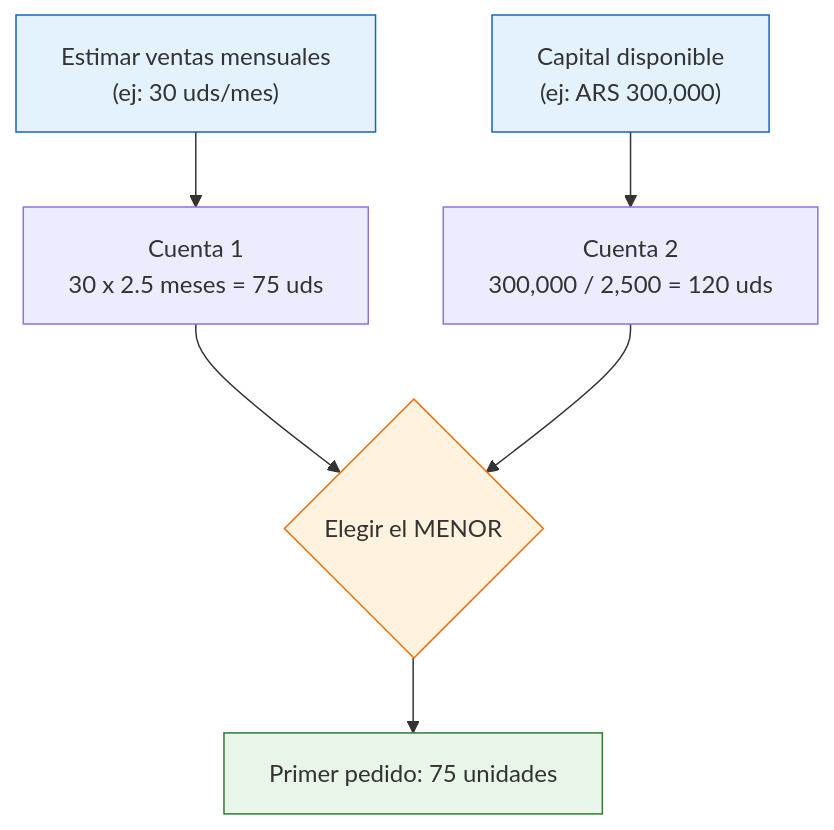
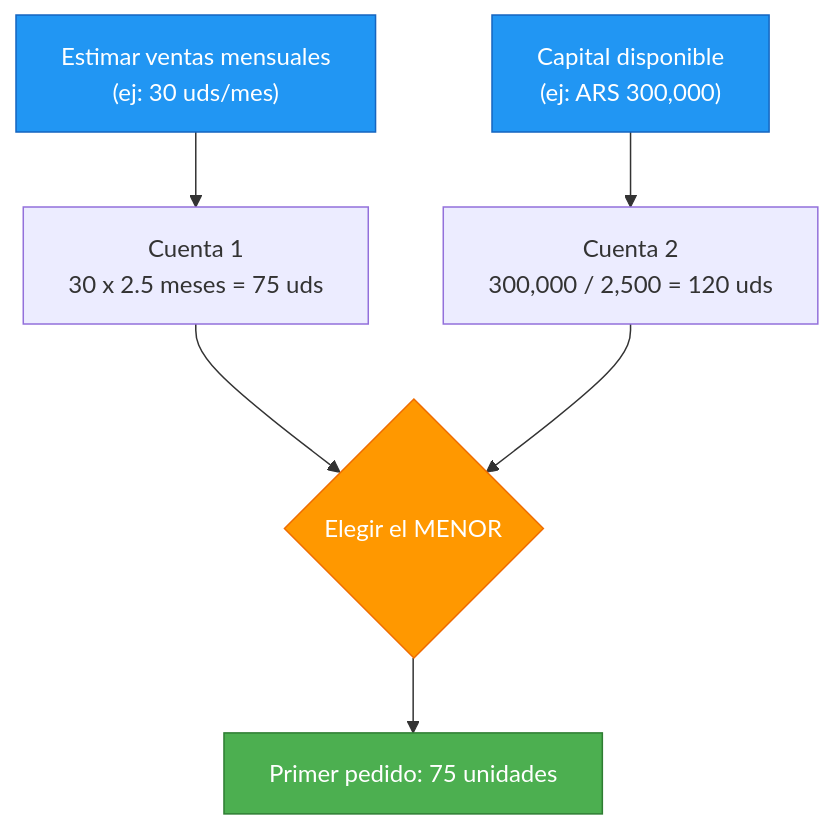
Before and after one commit to barrosignacioezequiel-coder/docs: the first of 2 diagrams in app/paso1-argentina/evaluar-negociar/pedido-minimo.mdx, drawn with Mermaid. The commit also changed other lines of this file and 66 other files, not shown here.

First line of the commit message:
fix: resolve Mermaid v11 numbered list errors + improve contrast

````diff
--- a/app/paso1-argentina/evaluar-negociar/pedido-minimo.mdx
+++ b/app/paso1-argentina/evaluar-negociar/pedido-minimo.mdx
@@ -84,13 +84,13 @@
 ```mermaid
 graph TD
     A["Estimar ventas mensuales<br/>(ej: 30 uds/mes)"] --> B["Cuenta 1<br/>30 x 2.5 meses = 75 uds"]
     C["Capital disponible<br/>(ej: ARS 300,000)"] --> D["Cuenta 2<br/>300,000 / 2,500 = 120 uds"]
     B --> E{"Elegir el MENOR"}
     D --> E
     E --> F["Primer pedido: 75 unidades"]
 
-    style A fill:#e3f2fd,stroke:#1565c0
-    style C fill:#e3f2fd,stroke:#1565c0
-    style E fill:#fff3e0,stroke:#ef6c00
-    style F fill:#e8f5e9,stroke:#2e7d32
+    style A fill:#2196f3,stroke:#1565c0,color:#fff
+    style C fill:#2196f3,stroke:#1565c0,color:#fff
+    style E fill:#ff9800,stroke:#ef6c00,color:#fff
+    style F fill:#4caf50,stroke:#2e7d32,color:#fff
 ```
````
